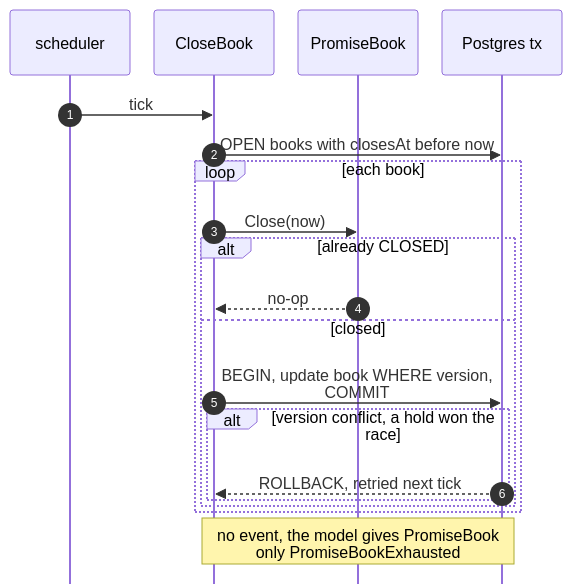
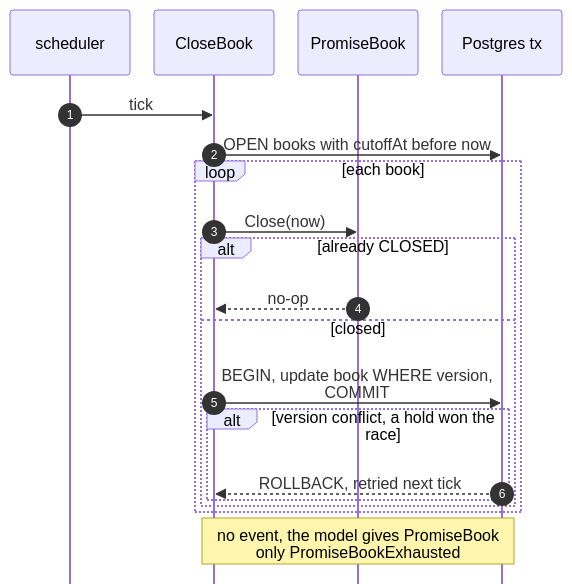
One commit to IQVO/warehouse-docs changed diagram 11 of 11 in network/docs/contexts/delivery-promise/sequence-diagrams.md. Above: the diagram before and after it, drawn with Mermaid. The commit also changed other lines of this file and 125 other files, not shown here.

````diff
--- a/network/docs/contexts/delivery-promise/sequence-diagrams.md
+++ b/network/docs/contexts/delivery-promise/sequence-diagrams.md
@@ -434,23 +434,23 @@
 ```mermaid
 %%{init: {"sequence": {"wrap": true, "width": 120, "actorMargin": 24, "messageMargin": 28, "boxMargin": 6, "noteMargin": 6, "mirrorActors": false}}}%%
 sequenceDiagram
     autonumber
     participant S as scheduler
     participant UC as CloseBook
     participant B as PromiseBook
     participant DB as Postgres tx
     S->>UC: tick
-    UC->>DB: OPEN books with closesAt before now
+    UC->>DB: OPEN books with cutoffAt before now
     loop each book
         UC->>B: Close(now)
         alt already CLOSED
             B-->>UC: no-op
         else closed
             UC->>DB: BEGIN, update book WHERE version, COMMIT
             alt version conflict, a hold won the race
                 DB-->>UC: ROLLBACK, retried next tick
             end
         end
     end
     Note over UC,DB: no event, the model gives PromiseBook only PromiseBookExhausted
 ```
````
